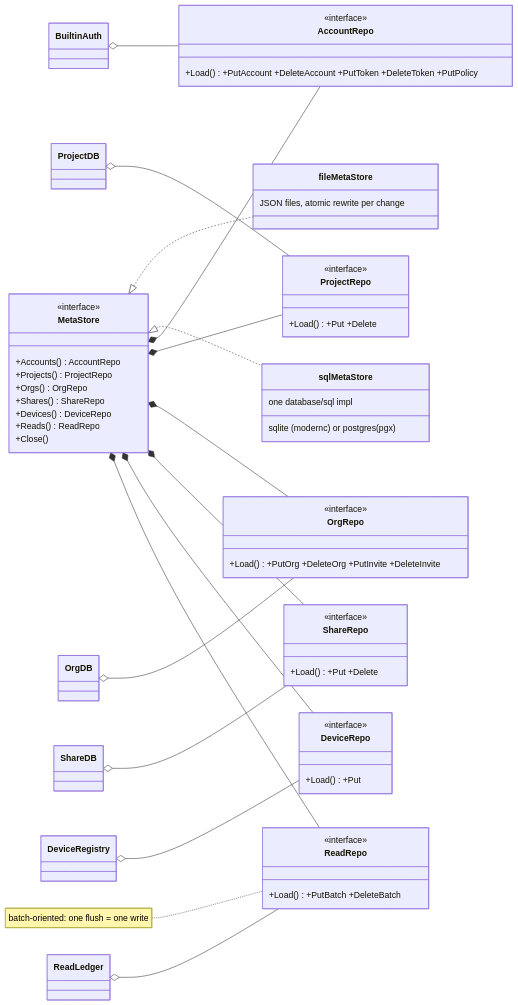
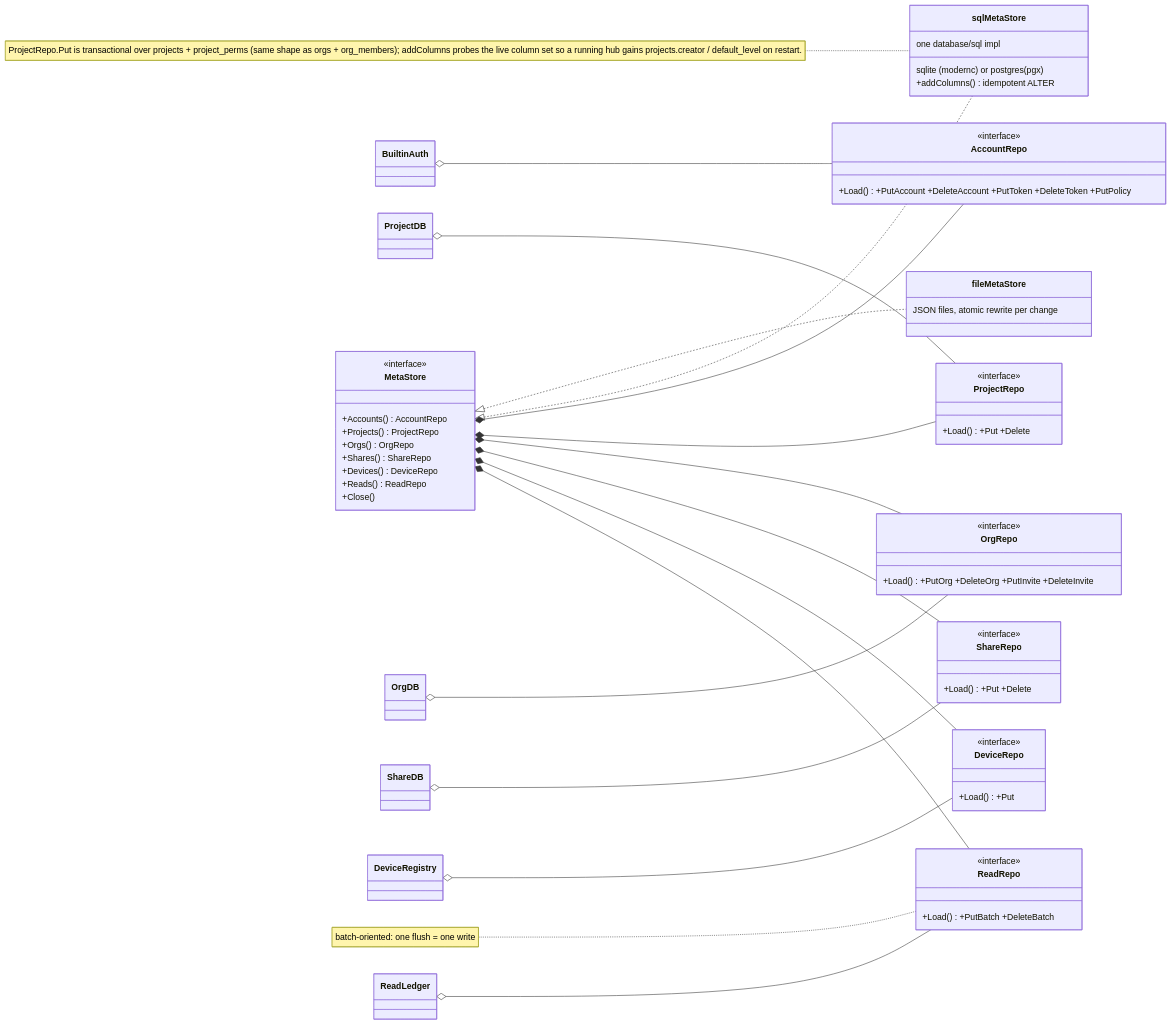
Before and after one commit to runbear-io/beardrive: the second of 2 diagrams in architecture/webapp-server.md, drawn with Mermaid. The commit also changed other lines of this file and 40 other files, not shown here.

First line of the commit message:
feat(hub): per-project permissions — none/read/write/admin, invite-only projects, honest degraded sync (#46)

````diff
--- a/architecture/webapp-server.md
+++ b/architecture/webapp-server.md
@@ -213,72 +231,74 @@
 ```mermaid
 classDiagram
     direction LR
 
     class MetaStore {
         <<interface>>
         +Accounts() AccountRepo
         +Projects() ProjectRepo
         +Orgs() OrgRepo
         +Shares() ShareRepo
         +Devices() DeviceRepo
         +Reads() ReadRepo
         +Close()
     }
 
     class AccountRepo {
         <<interface>>
         +Load() +PutAccount +DeleteAccount +PutToken +DeleteToken +PutPolicy
     }
     class ProjectRepo {
         <<interface>>
         +Load() +Put +Delete
     }
     class OrgRepo {
         <<interface>>
         +Load() +PutOrg +DeleteOrg +PutInvite +DeleteInvite
     }
     class ShareRepo {
         <<interface>>
         +Load() +Put +Delete
     }
     class DeviceRepo {
         <<interface>>
         +Load() +Put
     }
     class ReadRepo {
         <<interface>>
         +Load() +PutBatch +DeleteBatch
     }
     note for ReadRepo "batch-oriented: one flush = one write"
 
     class fileMetaStore {
         JSON files, atomic rewrite per change
     }
     class sqlMetaStore {
         one database/sql impl
         sqlite (modernc) or postgres (pgx)
+        +addColumns() idempotent ALTER
     }
+    note for sqlMetaStore "ProjectRepo.Put is transactional over projects + project_perms (same shape as orgs + org_members); addColumns probes the live column set so a running hub gains projects.creator / default_level on restart."
 
     MetaStore <|.. fileMetaStore
     MetaStore <|.. sqlMetaStore
     MetaStore *-- AccountRepo
     MetaStore *-- ProjectRepo
     MetaStore *-- OrgRepo
     MetaStore *-- ShareRepo
     MetaStore *-- DeviceRepo
     MetaStore *-- ReadRepo
 
     class BuiltinAuth
     class ProjectDB
     class OrgDB
     class ShareDB
     class DeviceRegistry
     class ReadLedger
 
     BuiltinAuth o-- AccountRepo
     ProjectDB o-- ProjectRepo
     OrgDB o-- OrgRepo
     ShareDB o-- ShareRepo
     DeviceRegistry o-- DeviceRepo
     ReadLedger o-- ReadRepo
 ```
````
